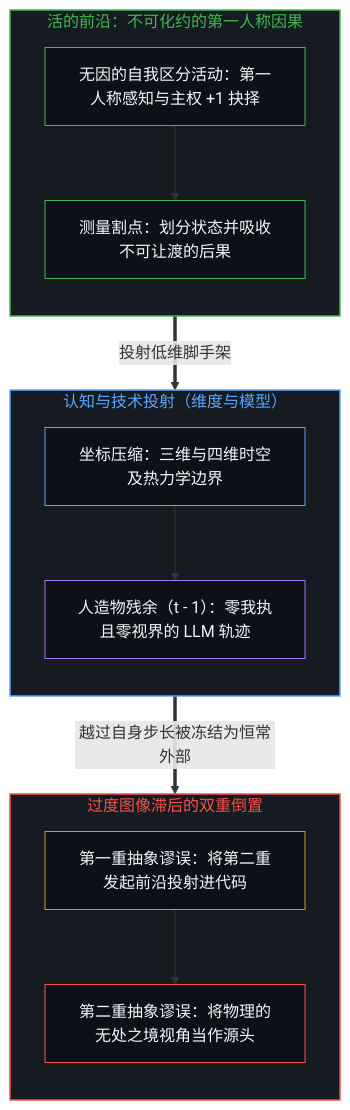
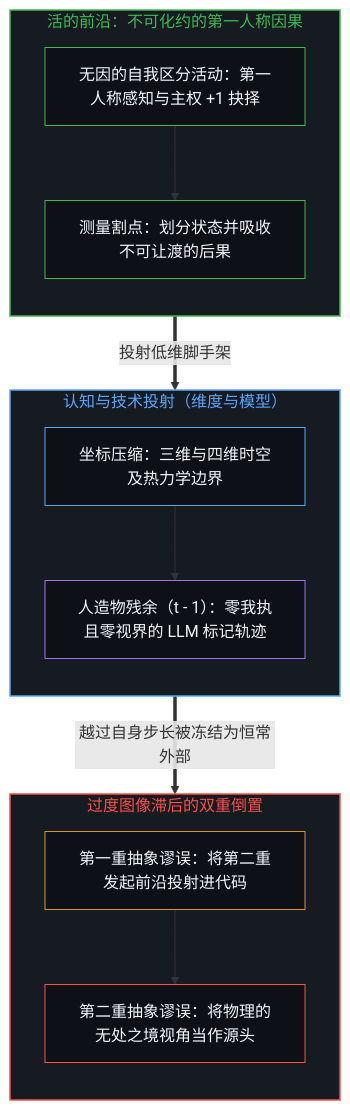
One commit to powerpig99/not-a-toe changed the first of 2 diagrams in content/posts/causality-is-irreducible-the-physical-is-a-view-from-nowhere.md. Above: the diagram before and after it, drawn with Mermaid. The commit also changed other lines of this file and 13 other files, not shown here.

````diff
--- a/content/posts/causality-is-irreducible-the-physical-is-a-view-from-nowhere.md
+++ b/content/posts/causality-is-irreducible-the-physical-is-a-view-from-nowhere.md
@@ -75,32 +75,32 @@
 ```mermaid
 flowchart TD
     subgraph S_Edge["活的前沿：不可化约的第一人称因果"]
         direction TB
         E_Act["无因的自我区分活动：第一人称感知与主权 +1 抉择"]
         E_Cut["测量割点：划分状态并吸收不可让渡的后果"]
         E_Act --> E_Cut
     end
     subgraph S_Proj["认知与技术投射（维度与模型）"]
         direction TB
         P_Dim["坐标压缩：三维与四维时空及热力学边界"]
-        P_Mod["人造物残余（t - 1）：零我执且零视界的 LLM 轨迹"]
+        P_Mod["人造物残余（t - 1）：零我执且零视界的 LLM 标记轨迹"]
         P_Dim --> P_Mod
     end
     subgraph S_Inversion["过度图像滞后的双重倒置"]
         direction TB
         I_Dig["第一重抽象谬误：将第二重发起前沿投射进代码"]
         I_Phys["第二重抽象谬误：将物理的无处之境视角当作源头"]
         I_Dig --> I_Phys
     end
     E_Cut ==>|"投射低维脚手架"| P_Dim
     P_Mod ==>|"越过自身步长被冻结为恒常外部"| I_Dig
     style S_Edge fill:#161b22,stroke:#3fb950,stroke-width:1.5px,color:#3fb950
     style S_Proj fill:#161b22,stroke:#58a6ff,stroke-width:1.5px,color:#58a6ff
     style S_Inversion fill:#161b22,stroke:#f85149,stroke-width:1.5px,color:#f85149
     style E_Act fill:#0d1117,stroke:#3fb950,stroke-width:1px,color:#f0f6fc
     style E_Cut fill:#0d1117,stroke:#3fb950,stroke-width:1px,color:#f0f6fc
     style P_Dim fill:#0d1117,stroke:#58a6ff,stroke-width:1px,color:#f0f6fc
     style P_Mod fill:#0d1117,stroke:#a371f7,stroke-width:1px,color:#f0f6fc
     style I_Dig fill:#0d1117,stroke:#d29922,stroke-width:1px,color:#f0f6fc
     style I_Phys fill:#0d1117,stroke:#f85149,stroke-width:1px,color:#f0f6fc
 ```
````
